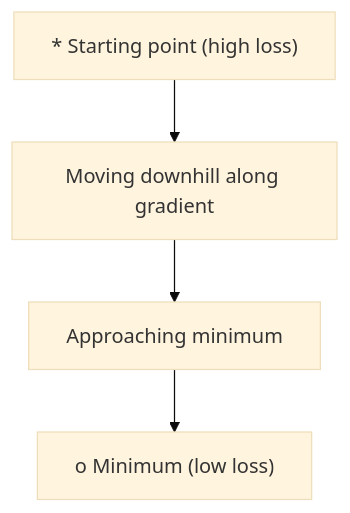
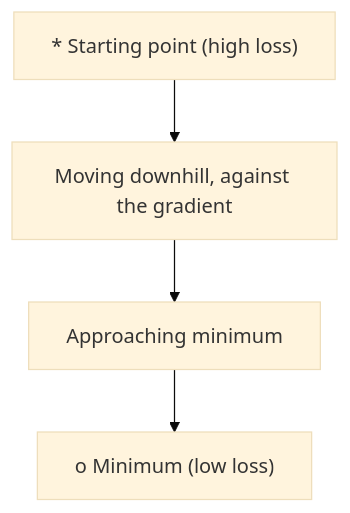
Before and after one commit to cluster1900/ai-engineering-from-scratch-zh: the first of 5 diagrams in phases/01-math-foundations/08-optimization/docs/en.md, drawn with Mermaid (base theme). The commit also changed other lines of this file and 82 other files, not shown here.

````diff
--- a/phases/01-math-foundations/08-optimization/docs/en.md
+++ b/phases/01-math-foundations/08-optimization/docs/en.md
@@ -44,6 +44,6 @@
 ```mermaid
 graph TD
-    A["* Starting point (high loss)"] --> B["Moving downhill along gradient"]
+    A["* Starting point (high loss)"] --> B["Moving downhill, against the gradient"]
     B --> C["Approaching minimum"]
     C --> D["o Minimum (low loss)"]
 ```
````
